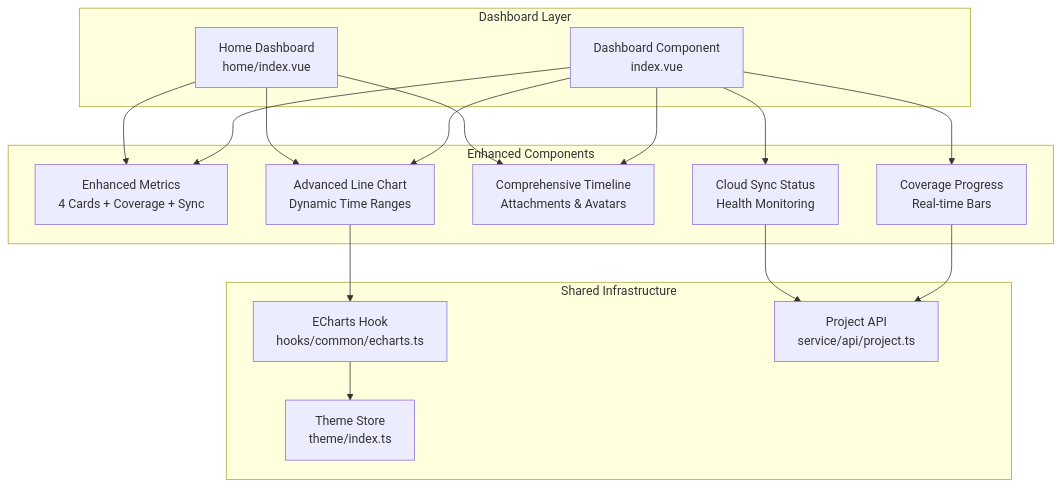
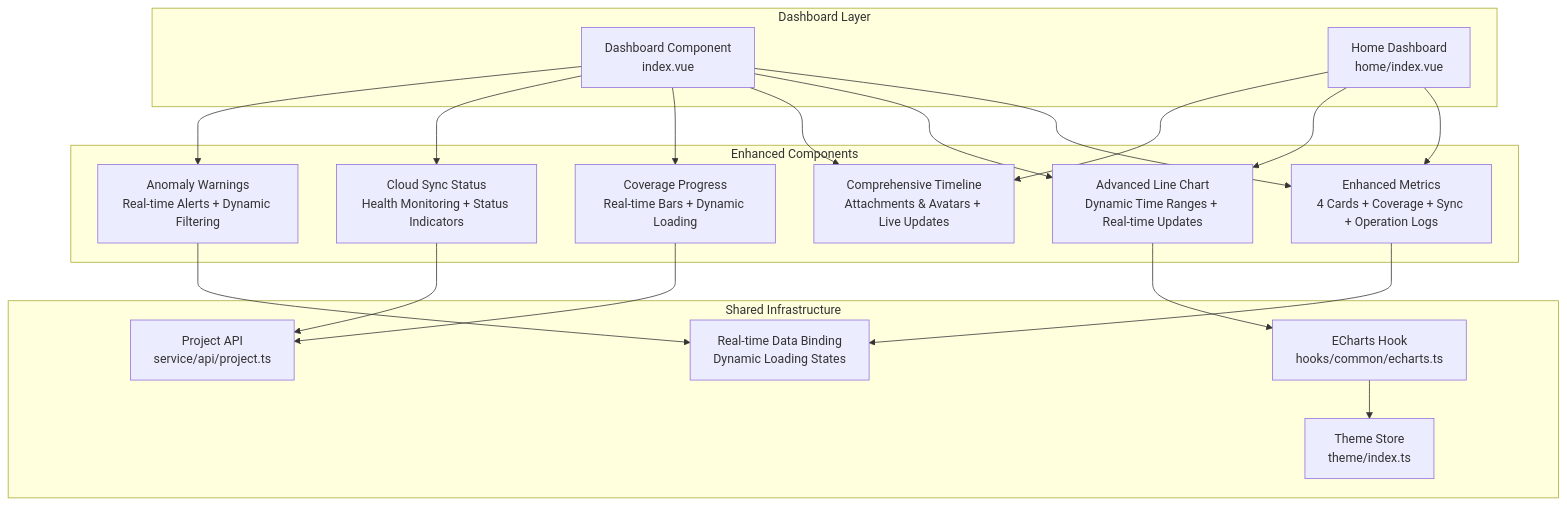
One commit to bo961386926/Survey-App changed the second of 4 diagrams in .qoder/repowiki/en/content/Desktop Admin Interface/Dashboard & Analytics.md. Above: the diagram before and after it, drawn with Mermaid. The commit also changed other lines of this file and 19 other files, not shown here.

````diff
--- a/.qoder/repowiki/en/content/Desktop Admin Interface/Dashboard & Analytics.md
+++ b/.qoder/repowiki/en/content/Desktop Admin Interface/Dashboard & Analytics.md
@@ -106,31 +108,36 @@
 ```mermaid
 graph TB
 subgraph "Dashboard Layer"
 Dashboard["Dashboard Component<br/>index.vue"]
 HomeDashboard["Home Dashboard<br/>home/index.vue"]
 end
 subgraph "Enhanced Components"
-Metrics["Enhanced Metrics<br/>4 Cards + Coverage + Sync"]
-Chart["Advanced Line Chart<br/>Dynamic Time Ranges"]
-Activity["Comprehensive Timeline<br/>Attachments & Avatars"]
-Coverage["Coverage Progress<br/>Real-time Bars"]
-CloudSync["Cloud Sync Status<br/>Health Monitoring"]
+Metrics["Enhanced Metrics<br/>4 Cards + Coverage + Sync + Operation Logs"]
+Chart["Advanced Line Chart<br/>Dynamic Time Ranges + Real-time Updates"]
+Activity["Comprehensive Timeline<br/>Attachments & Avatars + Live Updates"]
+Coverage["Coverage Progress<br/>Real-time Bars + Dynamic Loading"]
+CloudSync["Cloud Sync Status<br/>Health Monitoring + Status Indicators"]
+Warnings["Anomaly Warnings<br/>Real-time Alerts + Dynamic Filtering"]
 end
 subgraph "Shared Infrastructure"
 ThemeStore["Theme Store<br/>theme/index.ts"]
 EChartsHook["ECharts Hook<br/>hooks/common/echarts.ts"]
 API["Project API<br/>service/api/project.ts"]
+RealTime["Real-time Data Binding<br/>Dynamic Loading States"]
 end
 Dashboard --> Metrics
 Dashboard --> Chart
 Dashboard --> Activity
 Dashboard --> Coverage
 Dashboard --> CloudSync
+Dashboard --> Warnings
 HomeDashboard --> Metrics
 HomeDashboard --> Chart
 HomeDashboard --> Activity
 Chart --> EChartsHook
 EChartsHook --> ThemeStore
+Metrics --> RealTime
 Coverage --> API
 CloudSync --> API
+Warnings --> RealTime
 ```
````
